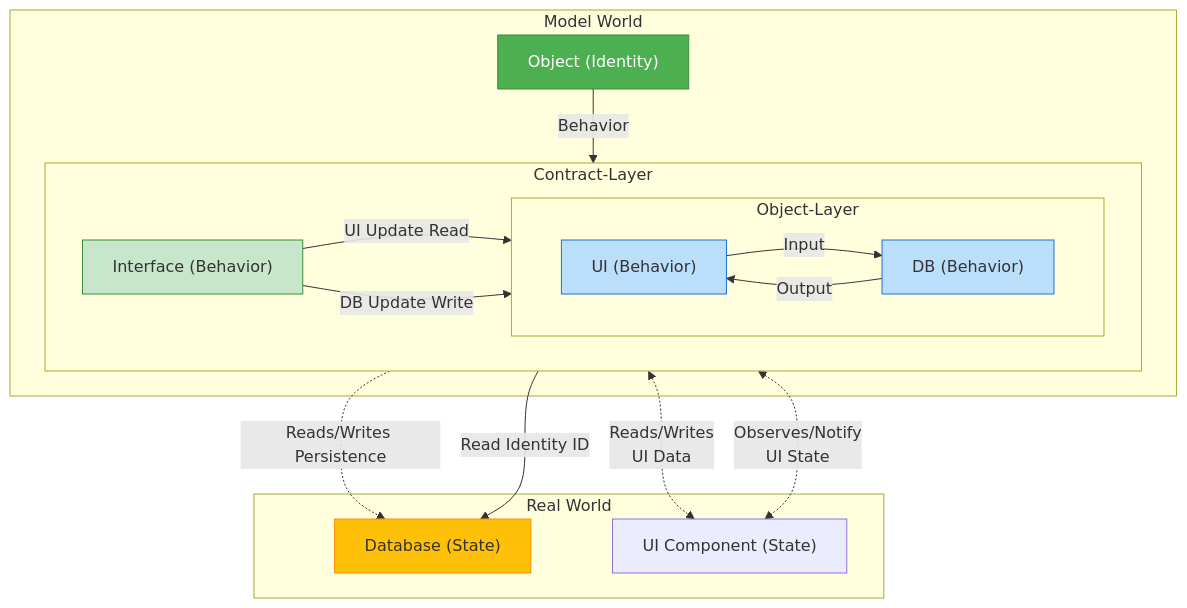
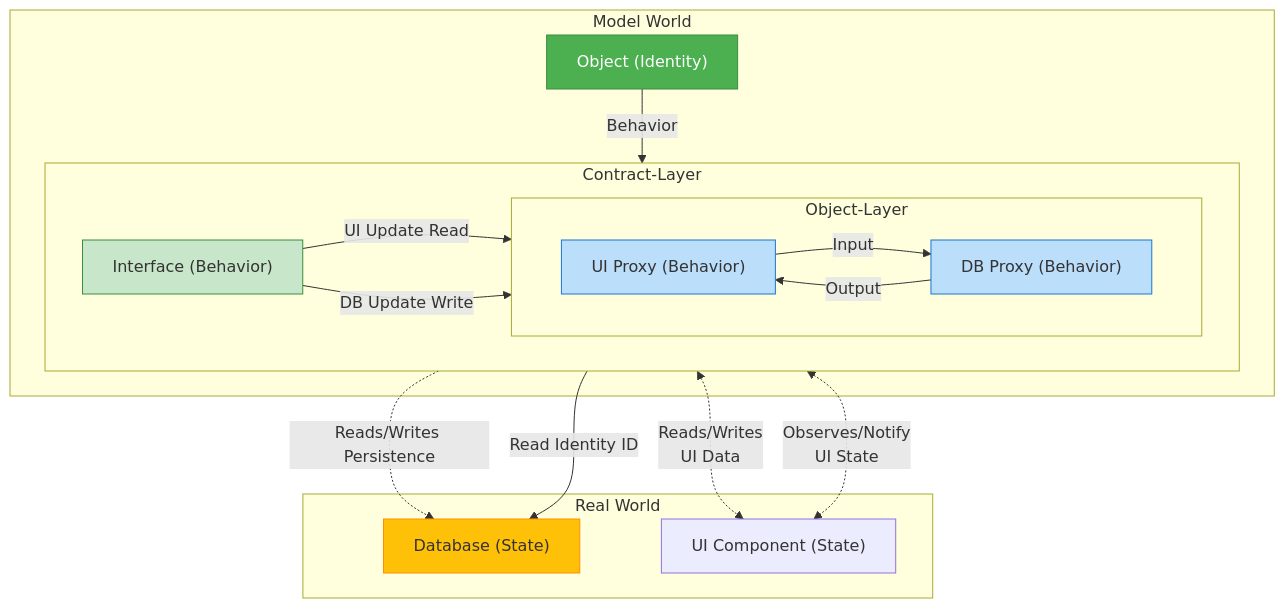
One commit to andreas-wagner-dev/object-oriented-learning-journey changed the diagram in blog/003_oop_immutable_object.md. Above: the diagram before and after it, drawn with Mermaid.

````diff
--- a/blog/003_oop_immutable_object.md
+++ b/blog/003_oop_immutable_object.md
@@ -8,58 +8,58 @@
 ```mermaid
 %% Diagram 3: Simplified Flow of Data Animation and Behavior Delegation
 graph TB
     %% 1. Immutable Domain Object 
     subgraph Model World
 
         A["Object (Identity)"]
         style A fill:#4CAF50,stroke:#388E3C,color:#fff
 
         %% 2. The Contract and Behavior Delegation
         subgraph Contract-Layer
         direction LR
             B["Interface (Behavior)"]
             style B fill:#C8E6C9,stroke:#388E3C
         
             %% 3. Technical Object Layers<br/>(Real World Interface)
             subgraph Object-Layer
              direction LR
-                C["UI (Behavior)"]
-                D["DB (Behavior)"]
+                C["UI Proxy (Behavior)"]
+                D["DB Proxy (Behavior)"]
 
                 style C fill:#BBDEFB,stroke:#1976D2
                 style D fill:#BBDEFB,stroke:#1976D2
             
                 %% Internal interface communication.
             
    
 
             end
 
         end
 
     end
 
     %% 4. The Real Mutable Data Storage
     subgraph Real World
         F["Database (State)"]
         style F fill:#FFC107,stroke:#FF8F00
 
         C <-.->|Reads/Writes<br/>UI Data| E["UI Component (State)"]
         C <-.->|Observes/Notify<br/>UI State| E
         D -.->|Reads/Writes Persistence| F
     end
     
     %% The Immutable Object holds the key and delegates all work to the interface.
 
 
     A -- Behavior --> B
     D -- Read Identity ID --> F
 
     %% The Interface is implemented by the technical components.
 
     B -- UI Update Read --> C
     B -- DB Update Write --> D
 
    C -- Input --> D
    D -- Output --> C
 ```
````
